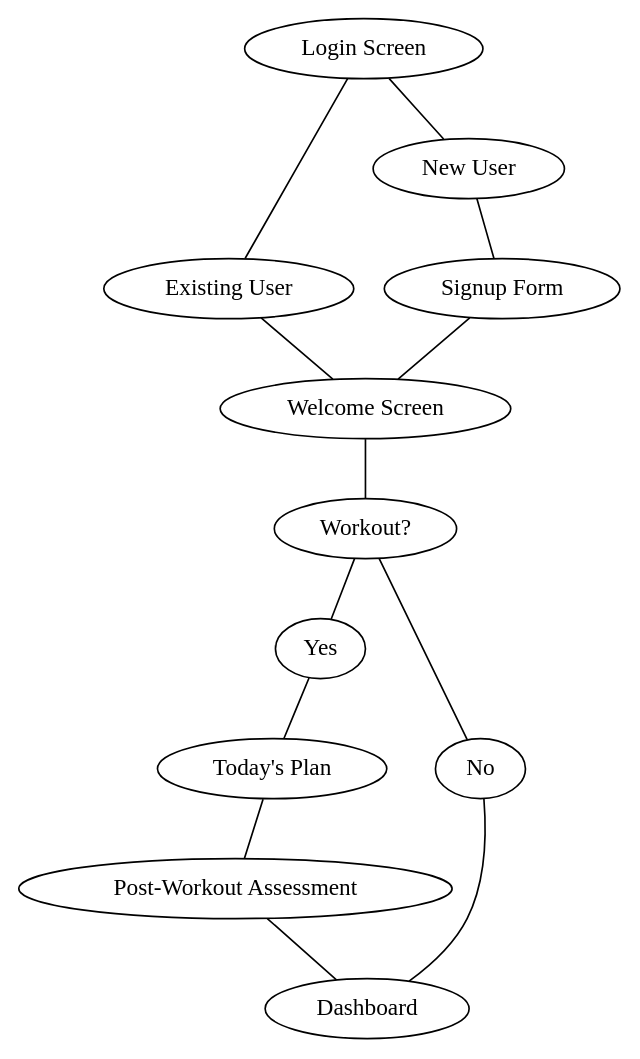
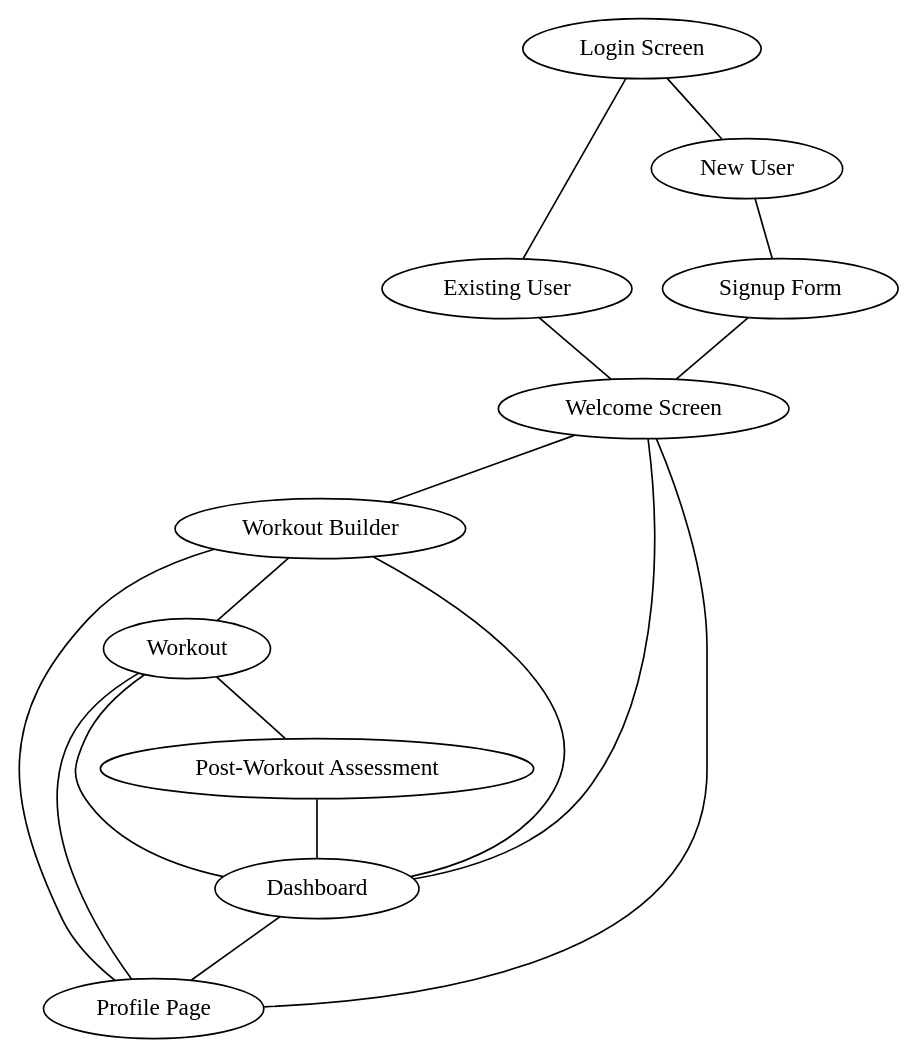
The diagram in FitGenie.dot (Fit-Genie/fit-genie-app), drawn with Graphviz before and after one commit.

```diff
--- a/FitGenie.dot
+++ b/FitGenie.dot
@@ -1,29 +1,32 @@
 graph FitGenie {
   a [label="Login Screen"];
   // presents 'login' and 'signup' options
   b [label="Existing User"];
   // if user already has account, takes them to the welcome screen
   c [label="New User"];
   d [label="Signup Form"];
   // presents options for signing up (google, facebook,
   // FitGenie account)
   e [label="Welcome Screen"];
   // Greets user by name
-  f [label="Workout?"];
-  // Asks if they are ready for their workout
-  g [label="Yes"];
-  h [label="No"];
-  // takes user straignt to dashboard.
-  i [label="Today's Plan"];
+  f [label="Workout Builder"];
+  // Takes user to workout creator view
+  g [label="Workout"];
   // Shows today's workout plan and exercise timer
-  j [label="Post-Workout Assessment"];
+  h [label="Post-Workout Assessment"];
   // asks user how they feel after completing workout
-  k [label="Dashboard"]
-  // Shows user info / stats / options
+  i [label="Dashboard"]
+  // Shows user info / stats / app options
+  j [label="Profile Page"]
+  // Users account information
   a -- b -- e;
-  a -- c -- d;
-  d -- e;
-  e -- f;
-  f -- g -- i -- j -- k;
-  f -- h -- k;
+  a -- c -- d -- e -- f -- g -- h -- i;
+  e -- i;
+  f -- i;
+  g -- i;
+
+  e -- j;
+  f -- j;
+  g -- j;
+  i -- j;
 }
```
